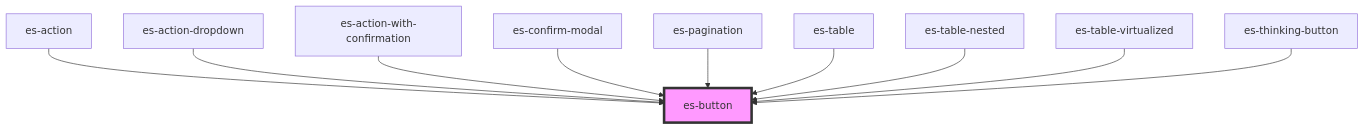
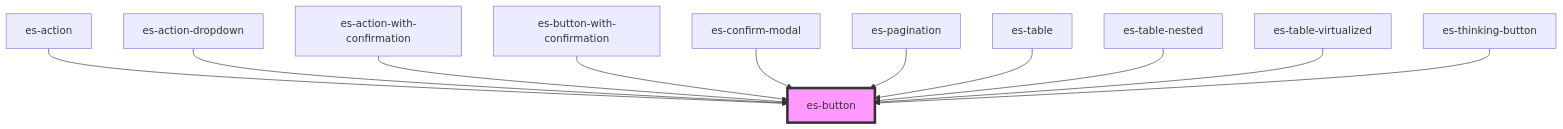
One commit to EventStore/Design-System changed the diagram in packages/components/src/components/buttons/es-button/readme.md. Above: the diagram before and after it, drawn with Mermaid. The commit also changed other lines of this file and 24 other files, not shown here.

Commit message:
Add es-button-with-confirmation

````diff
--- a/packages/components/src/components/buttons/es-button/readme.md
+++ b/packages/components/src/components/buttons/es-button/readme.md
@@ -117,13 +118,14 @@
 ```mermaid
 graph TD;
   es-action --> es-button
   es-action-dropdown --> es-button
   es-action-with-confirmation --> es-button
+  es-button-with-confirmation --> es-button
   es-confirm-modal --> es-button
   es-pagination --> es-button
   es-table --> es-button
   es-table-nested --> es-button
   es-table-virtualized --> es-button
   es-thinking-button --> es-button
   style es-button fill:#f9f,stroke:#333,stroke-width:4px
 ```
````
